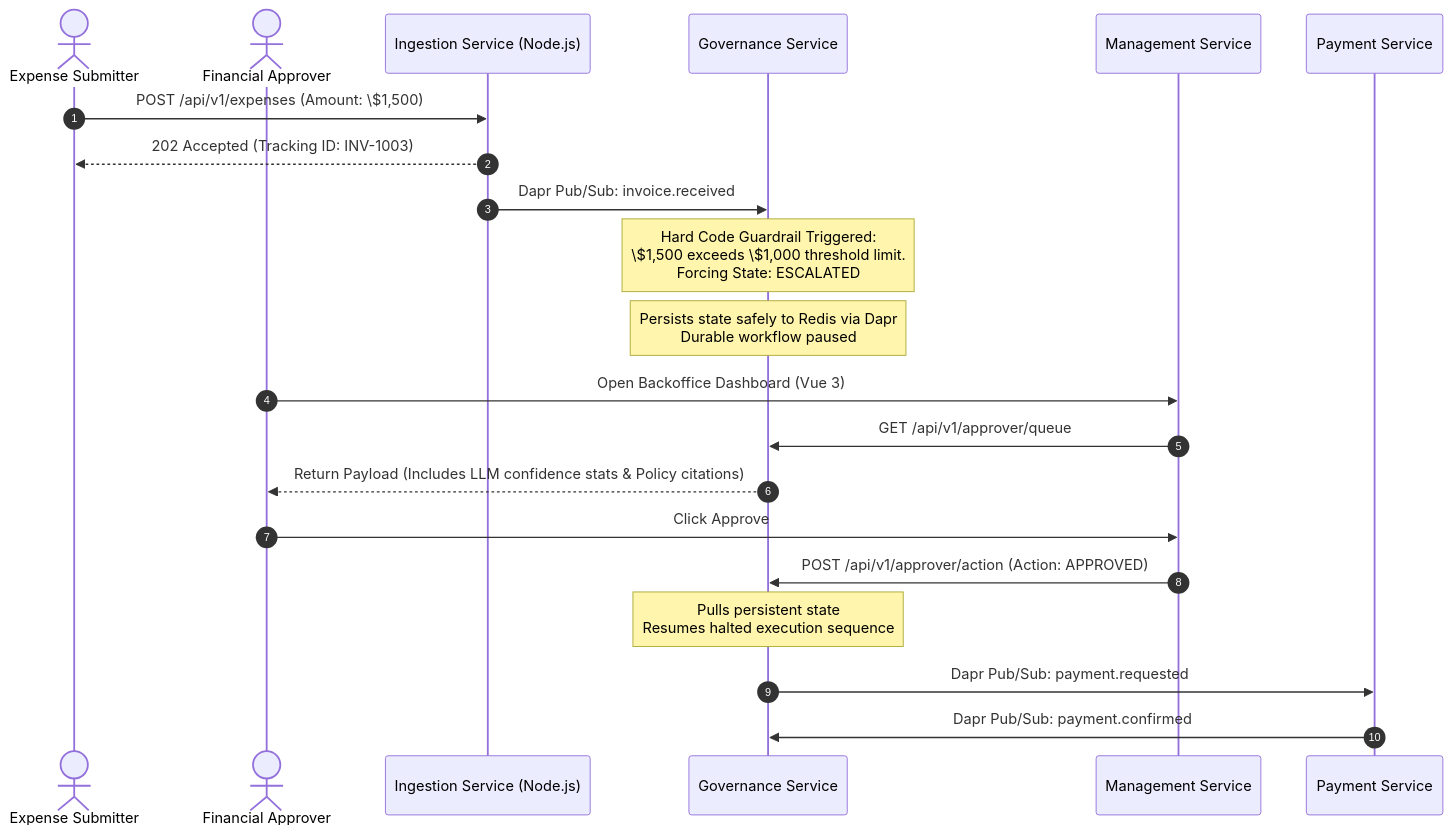
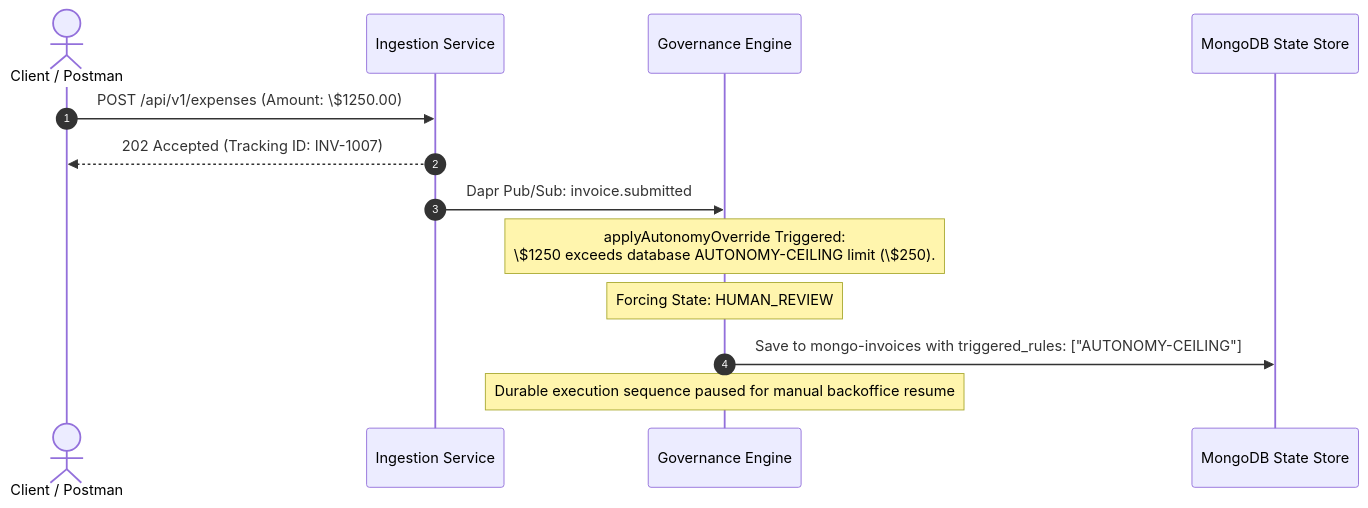
Before and after one commit to roman-shneer/InvoiceApprovalFlow: the third of 4 diagrams in docs/ARCHITECTURE.md, drawn with Mermaid. The commit also changed other lines of this file, not shown here.

Commit message:
docs(architecture): completely overhaul system specifications diagrams and limits to reflect opentelemetry and gateway filters implementations

````diff
--- a/docs/ARCHITECTURE.md
+++ b/docs/ARCHITECTURE.md
@@ -99,28 +103,17 @@
 ```mermaid
 sequenceDiagram
     autonumber
-    actor Submitter as Expense Submitter
-    actor Approver as Financial Approver
-    participant IS as Ingestion Service (Node.js)
-    participant GS as Governance Service
-    participant MG as Management Service
-    participant PS as Payment Service
+    actor Client as Client / Postman
+    participant IS as Ingestion Service
+    participant GS as Governance Engine
+    participant DB as MongoDB State Store
 
-    Submitter->>IS: POST /api/v1/expenses (Amount: \$1,500)
-    IS-->>Submitter: 202 Accepted (Tracking ID: INV-1003)
-    IS->>GS: Dapr Pub/Sub: invoice.received
+    Client->>IS: POST /api/v1/expenses (Amount: \$1250.00)
+    IS-->>Client: 202 Accepted (Tracking ID: INV-1007)
+    IS->>GS: Dapr Pub/Sub: invoice.submitted
     
-    Note over GS: Hard Code Guardrail Triggered:<br/>\$1,500 exceeds \$1,000 threshold limit.<br/>Forcing State: ESCALATED
-    Note over GS: Persists state safely to Redis via Dapr<br/>Durable workflow paused
-    
-    Approver->>MG: Open Backoffice Dashboard (Vue 3)
-    MG->>GS: GET /api/v1/approver/queue
-    GS-->>Approver: Return Payload (Includes LLM confidence stats & Policy citations)
-    
-    Approver->>MG: Click Approve
-    MG->>GS: POST /api/v1/approver/action (Action: APPROVED)
-    Note over GS: Pulls persistent state<br/>Resumes halted execution sequence
-    
-    GS->>PS: Dapr Pub/Sub: payment.requested
-    PS->>GS: Dapr Pub/Sub: payment.confirmed
+    Note over GS: applyAutonomyOverride Triggered:<br/>\$1250 exceeds database AUTONOMY-CEILING limit (\$250).
+    Note over GS: Forcing State: HUMAN_REVIEW
+    GS->>DB: Save to mongo-invoices with triggered_rules: ["AUTONOMY-CEILING"]
+    Note over GS: Durable execution sequence paused for manual backoffice resume
 ```
````
